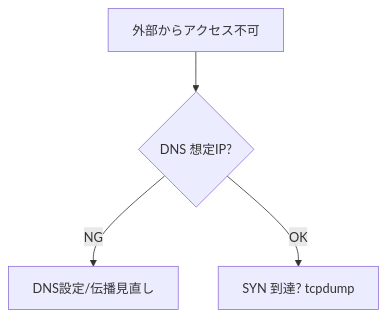
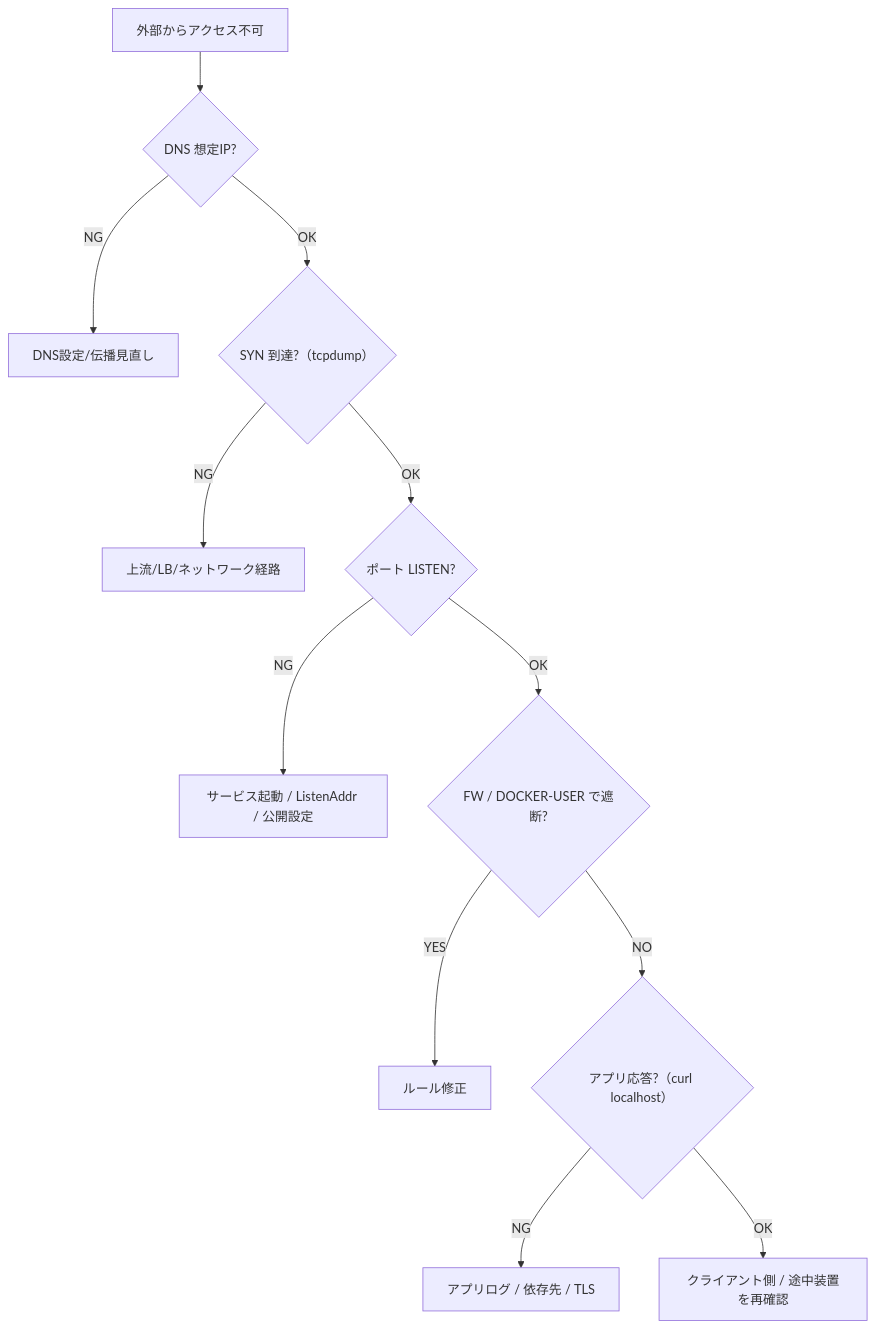
Before and after one commit to hkmyhsh/Cheet-Note: the diagram in Linux/FailureInvestigating.md, drawn with Mermaid.

````diff
--- a/Linux/FailureInvestigating.md
+++ b/Linux/FailureInvestigating.md
@@ -16,6 +16,14 @@
 ```mermaid
 flowchart TD
 A[外部からアクセス不可] --> B{DNS 想定IP?} 
 B -->|NG| BN[DNS設定/伝播見直し]
-B -->|OK| C[SYN 到達? tcpdump]
+B -->|OK| C{SYN 到達?（tcpdump）}
+C -->|NG| CN[上流/LB/ネットワーク経路] 
+C -->|OK| D{ポート LISTEN?} 
+D -->|NG| DN[サービス起動 / ListenAddr / 公開設定] 
+D -->|OK| E{FW / DOCKER-USER で遮断?} 
+E -->|YES| EN[ルール修正] 
+E -->|NO| F{アプリ応答?（curl localhost）} 
+F -->|NG| FN[アプリログ / 依存先 / TLS] 
+F -->|OK| G[クライアント側 / 途中装置を再確認] 
 ```
````
